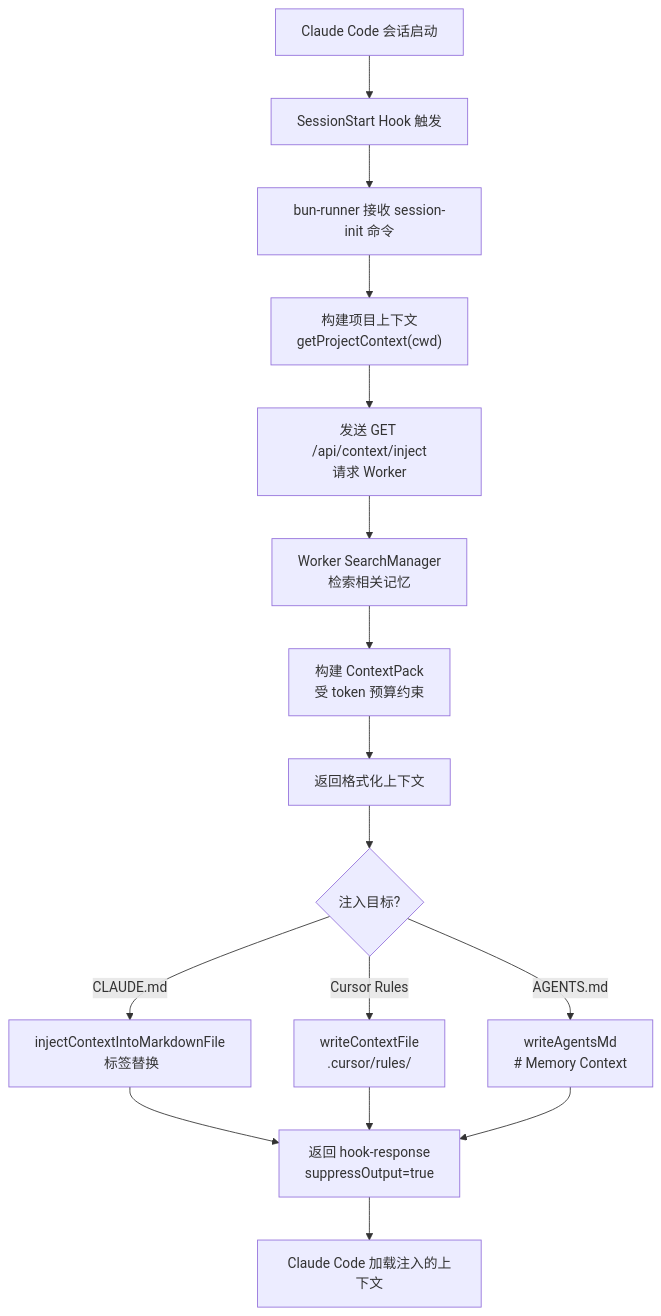
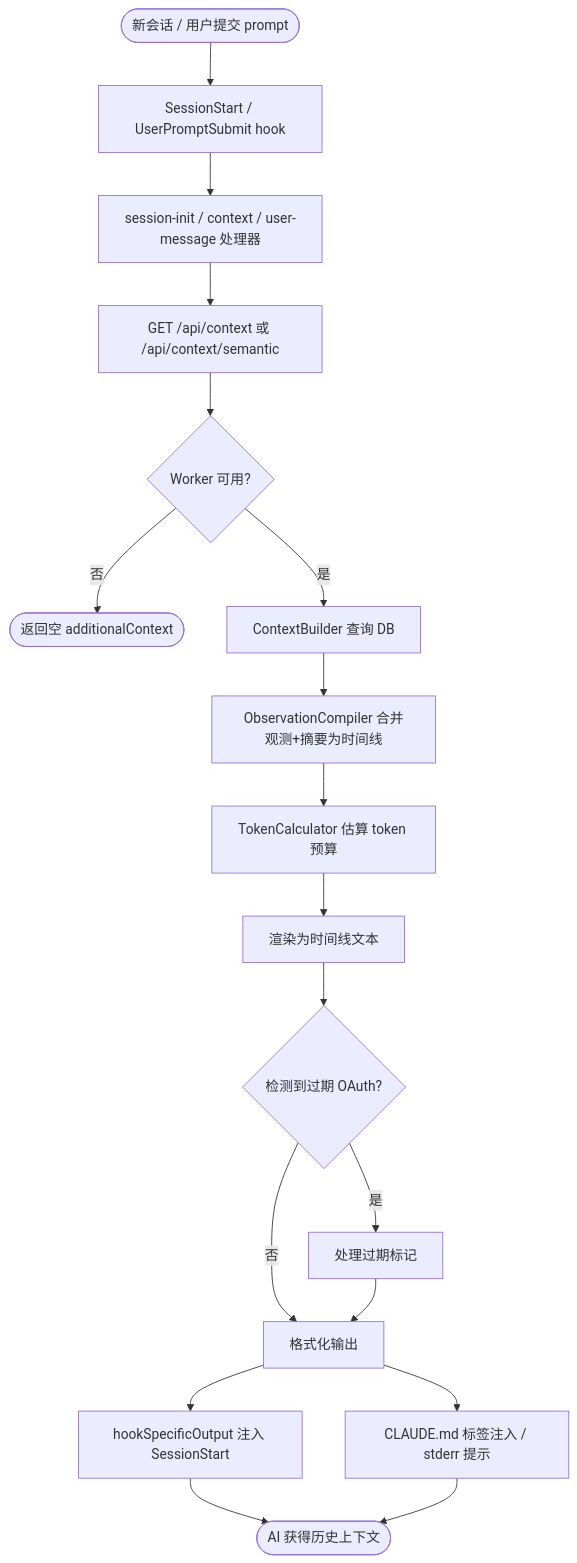
Before and after one commit to sharesdoc/claude-mem: the fourth of 8 diagrams in doc/A-系统需求文档.md, drawn with Mermaid. The commit also changed other lines of this file and 22 other files, not shown here.

````diff
--- a/doc/A-系统需求文档.md
+++ b/doc/A-系统需求文档.md
@@ -430,18 +426,20 @@
 ```mermaid
 flowchart TB
-    A["Claude Code 会话启动"] --> B["SessionStart Hook 触发"]
-    B --> C["bun-runner 接收 session-init 命令"]
-    C --> D["构建项目上下文<br/>getProjectContext(cwd)"]
-    D --> E["发送 GET /api/context/inject<br/>请求 Worker"]
-    E --> F["Worker SearchManager<br/>检索相关记忆"]
-    F --> G["构建 ContextPack<br/>受 token 预算约束"]
-    G --> H["返回格式化上下文"]
-    H --> I{"注入目标?"}
-    I -- CLAUDE.md --> J["injectContextIntoMarkdownFile<br/><claude-mem-context> 标签替换"]
-    I -- Cursor Rules --> K["writeContextFile<br/>.cursor/rules/"]
-    I -- AGENTS.md --> L["writeAgentsMd<br/># Memory Context"]
-    J --> M["返回 hook-response<br/>suppressOutput=true"]
-    K --> M
+    A([新会话 / 用户提交 prompt]) --> B[SessionStart / UserPromptSubmit hook]
+    B --> C[session-init / context / user-message 处理器]
+    C --> D[GET /api/context 或 /api/context/semantic]
+    D --> E{Worker 可用?}
+    E -->|否| F([返回空 additionalContext])
+    E -->|是| G[ContextBuilder 查询 DB]
+    G --> H[ObservationCompiler 合并观测+摘要为时间线]
+    H --> I[TokenCalculator 估算 token 预算]
+    I --> J[渲染为时间线文本]
+    J --> K{检测到过期 OAuth?}
+    K -->|是| L[处理过期标记]
+    K -->|否| M[格式化输出]
     L --> M
-    M --> N["Claude Code 加载注入的上下文"]
+    M --> N[hookSpecificOutput 注入 SessionStart]
+    M --> O[CLAUDE.md 标签注入 / stderr 提示]
+    N --> P([AI 获得历史上下文])
+    O --> P
 ```
````
